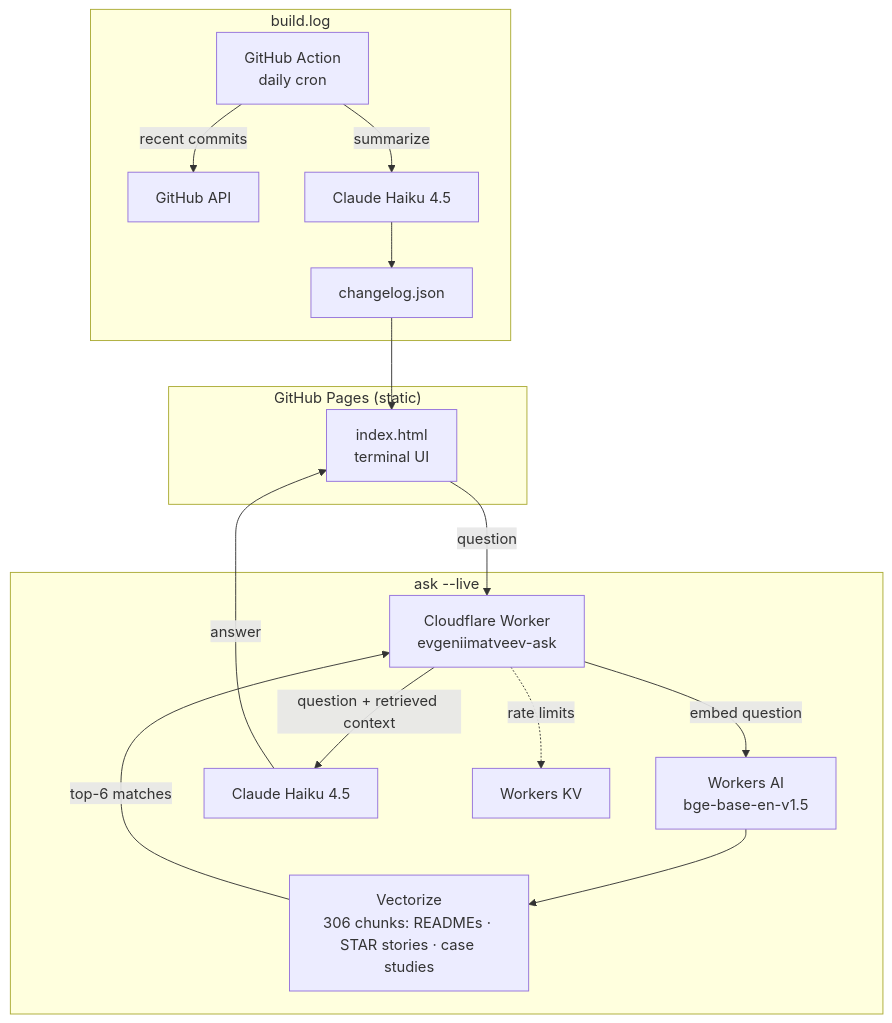
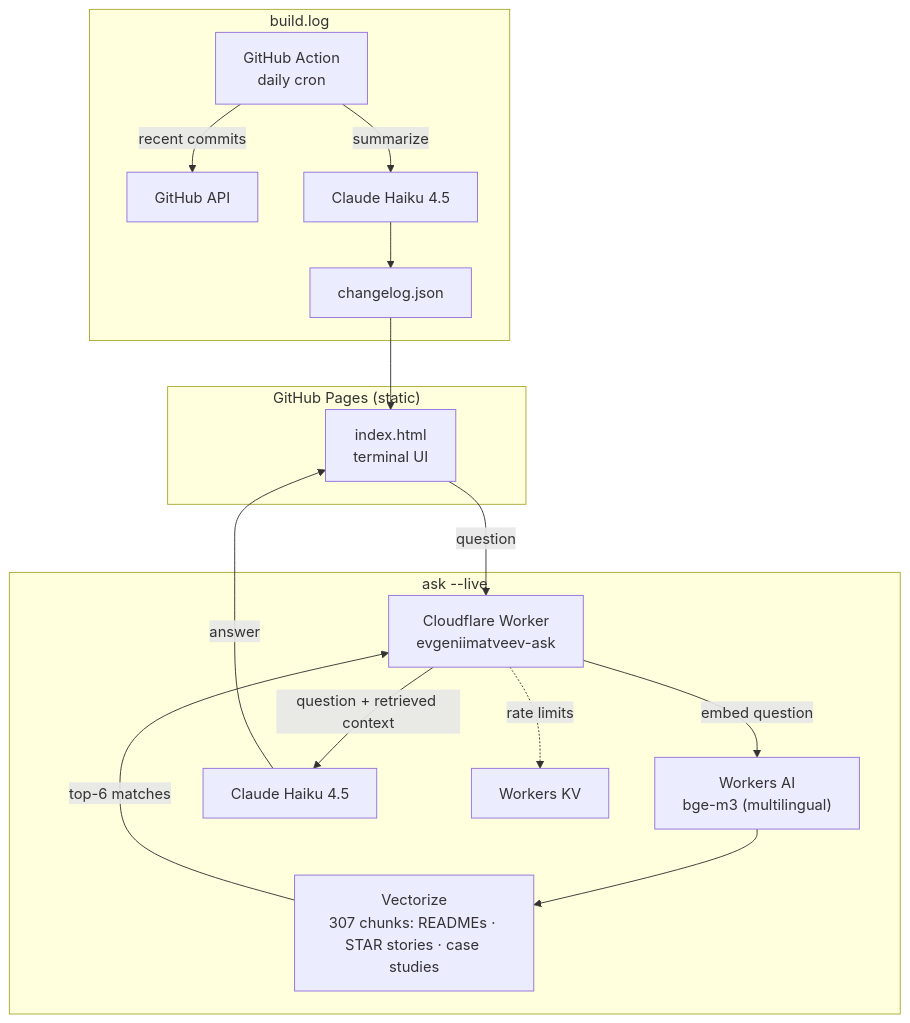
The diagram in README.md (evgeniimatveev/evgeniimatveev.github.io), drawn with Mermaid before and after one commit. The commit also changed other lines of this file, not shown here.

First line of the commit message:
Document multilingual RAG in the repo README

````diff
--- a/README.md
+++ b/README.md
@@ -28,23 +28,23 @@
 ```mermaid
 flowchart TB
     subgraph Static["GitHub Pages (static)"]
         Site["index.html<br/>terminal UI"]
     end
 
     subgraph AskFlow["ask --live"]
         Site -->|"question"| Worker["Cloudflare Worker<br/>evgeniimatveev-ask"]
-        Worker -->|"embed question"| AI["Workers AI<br/>bge-base-en-v1.5"]
-        AI --> Vec["Vectorize<br/>306 chunks: READMEs · STAR stories · case studies"]
+        Worker -->|"embed question"| AI["Workers AI<br/>bge-m3 (multilingual)"]
+        AI --> Vec["Vectorize<br/>307 chunks: READMEs · STAR stories · case studies"]
         Vec -->|"top-6 matches"| Worker
         Worker -->|"question + retrieved context"| Claude["Claude Haiku 4.5"]
         Claude -->|"answer"| Site
         Worker -.->|"rate limits"| KV["Workers KV"]
     end
 
     subgraph LogFlow["build.log"]
         Cron["GitHub Action<br/>daily cron"] -->|"recent commits"| GH["GitHub API"]
         Cron -->|"summarize"| Claude2["Claude Haiku 4.5"]
         Claude2 --> Changelog["changelog.json"]
         Changelog --> Site
     end
 ```
````
